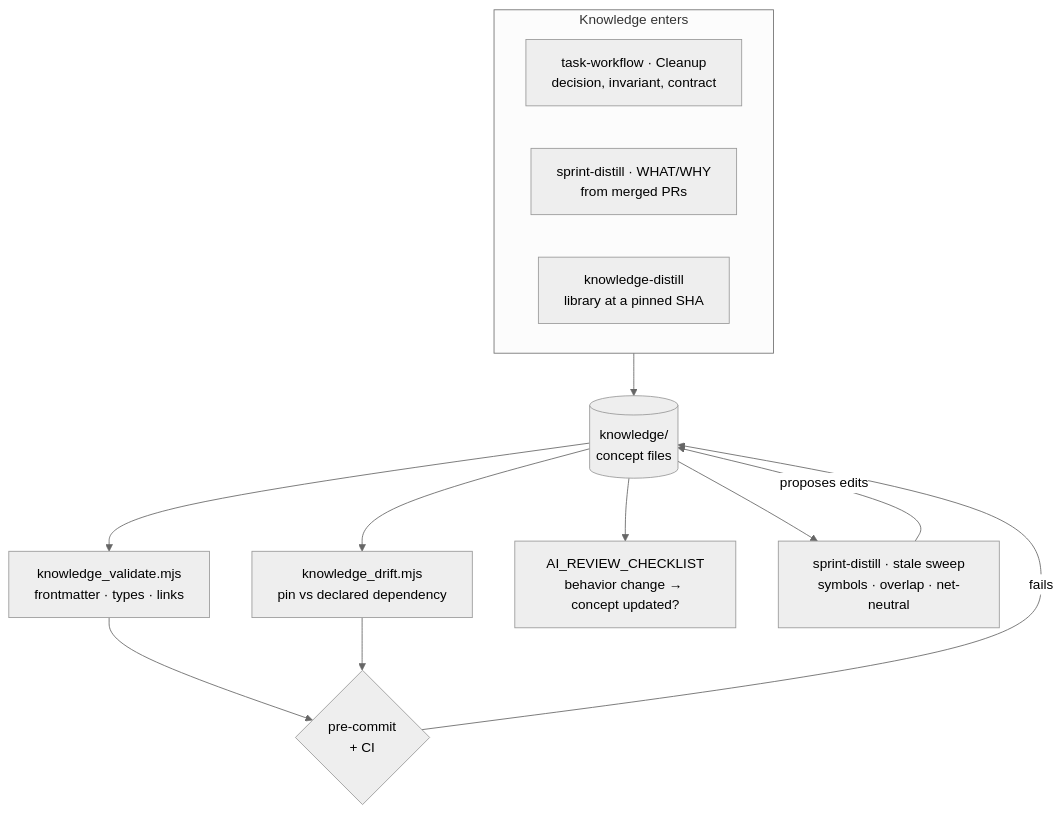
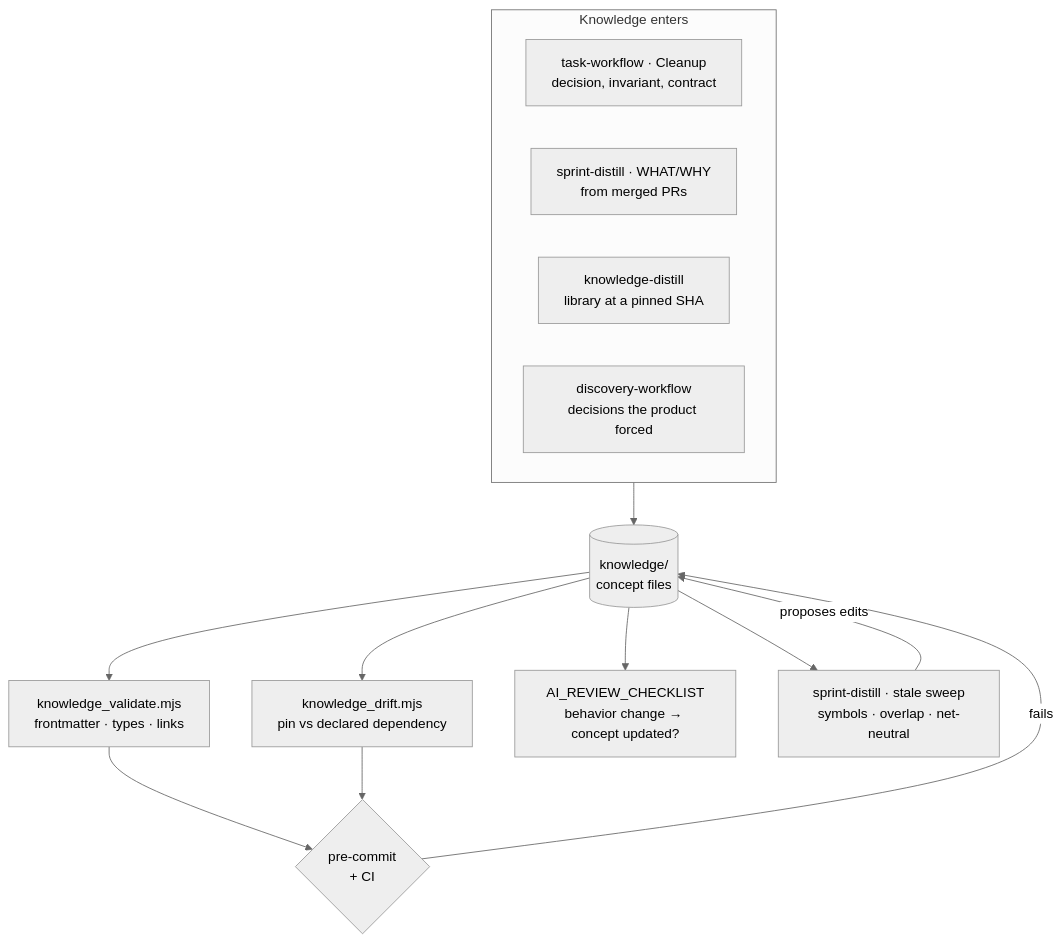
The diagram in docs/KNOWLEDGE.md (tammai/bigin-skills), drawn with Mermaid (neutral theme) before and after one commit. The commit also changed other lines of this file and 18 other files, not shown here.

````diff
--- a/docs/KNOWLEDGE.md
+++ b/docs/KNOWLEDGE.md
@@ -106,20 +106,21 @@
 ```mermaid
 flowchart TD
     subgraph in["Knowledge enters"]
         A["task-workflow · Cleanup<br/>decision, invariant, contract"]
         B["sprint-distill · WHAT/WHY<br/>from merged PRs"]
         C["knowledge-distill<br/>library at a pinned SHA"]
+        E["discovery-workflow<br/>decisions the product forced"]
     end
 
     in --> K[("knowledge/<br/>concept files")]
 
     K --> V["knowledge_validate.mjs<br/>frontmatter · types · links"]
     K --> D["knowledge_drift.mjs<br/>pin vs declared dependency"]
     V --> G{"pre-commit<br/>+ CI"}
     D --> G
     G -->|fails| K
 
     K --> R["AI_REVIEW_CHECKLIST<br/>behavior change → concept updated?"]
     K --> S["sprint-distill · stale sweep<br/>symbols · overlap · net-neutral"]
     S -->|proposes edits| K
 ```
````
